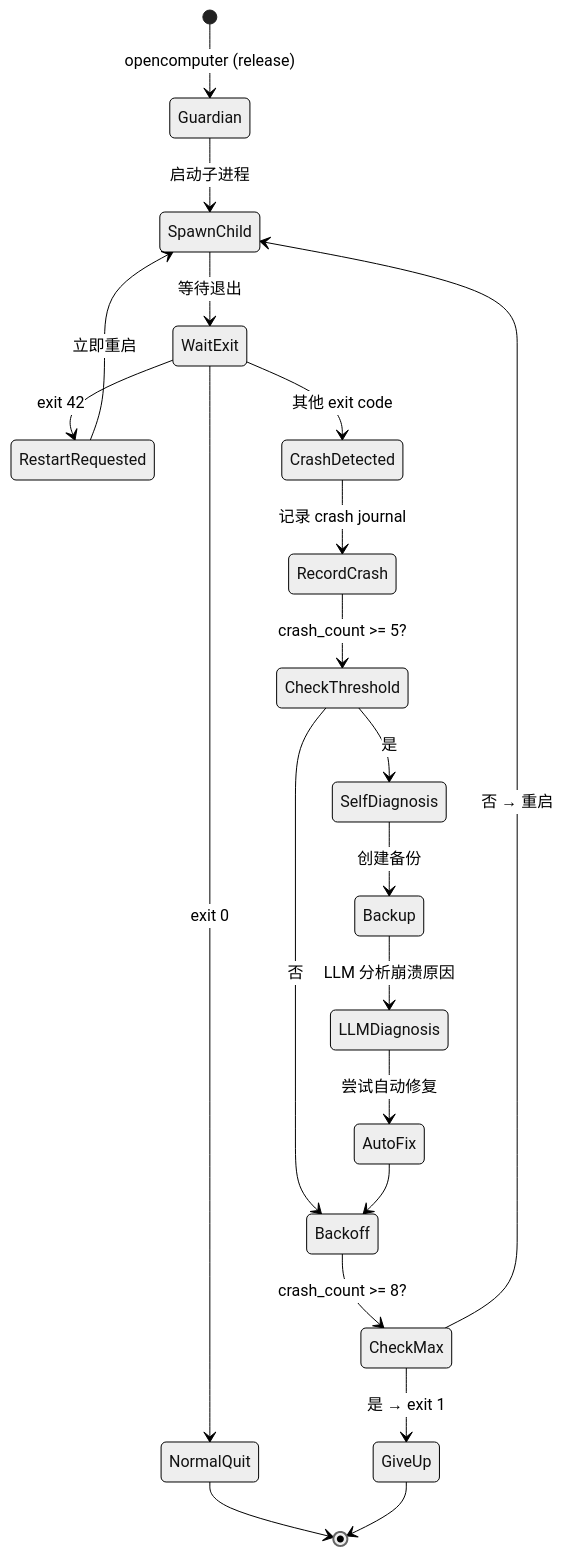
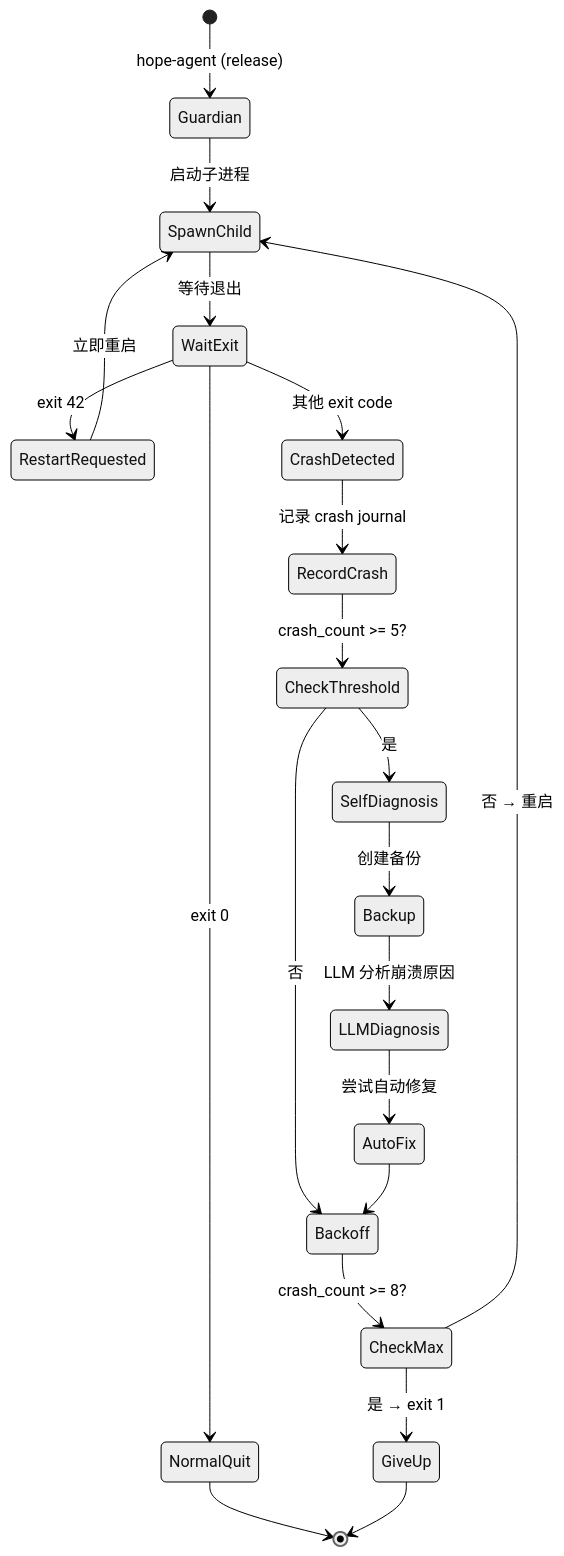
One commit to shiwenwen/hope-agent changed the seventh of 8 diagrams in docs/architecture/backend-separation.md. Above: the diagram before and after it, drawn with Mermaid (neutral theme). The commit also changed other lines of this file and 727 other files, not shown here.

First line of the commit message:
chore(rename): OpenComputer → Hope Agent（随 0.1.0 首发一把切换）

````diff
--- a/docs/architecture/backend-separation.md
+++ b/docs/architecture/backend-separation.md
@@ -376,27 +376,27 @@
 ```mermaid
 stateDiagram-v2
-    [*] --> Guardian: opencomputer (release)
+    [*] --> Guardian: hope-agent (release)
     Guardian --> SpawnChild: 启动子进程
 
     SpawnChild --> WaitExit: 等待退出
     WaitExit --> NormalQuit: exit 0
     WaitExit --> RestartRequested: exit 42
     WaitExit --> CrashDetected: 其他 exit code
 
     NormalQuit --> [*]
     RestartRequested --> SpawnChild: 立即重启
 
     CrashDetected --> RecordCrash: 记录 crash journal
     RecordCrash --> CheckThreshold: crash_count >= 5?
     CheckThreshold --> SelfDiagnosis: 是
     CheckThreshold --> Backoff: 否
     SelfDiagnosis --> Backup: 创建备份
     Backup --> LLMDiagnosis: LLM 分析崩溃原因
     LLMDiagnosis --> AutoFix: 尝试自动修复
     AutoFix --> Backoff
 
     Backoff --> CheckMax: crash_count >= 8?
     CheckMax --> GiveUp: 是 → exit 1
     CheckMax --> SpawnChild: 否 → 重启
     GiveUp --> [*]
 ```
````
